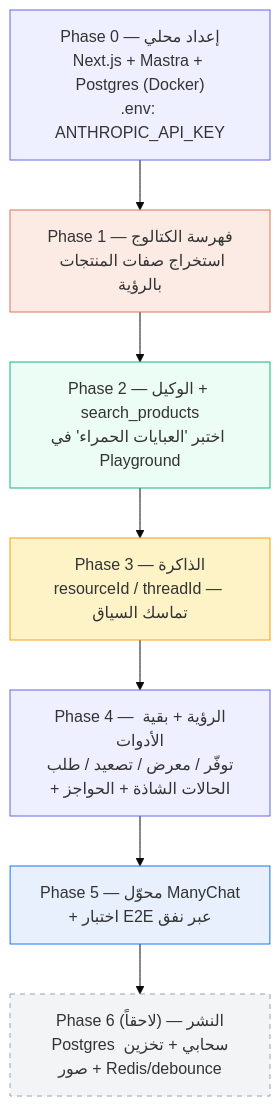
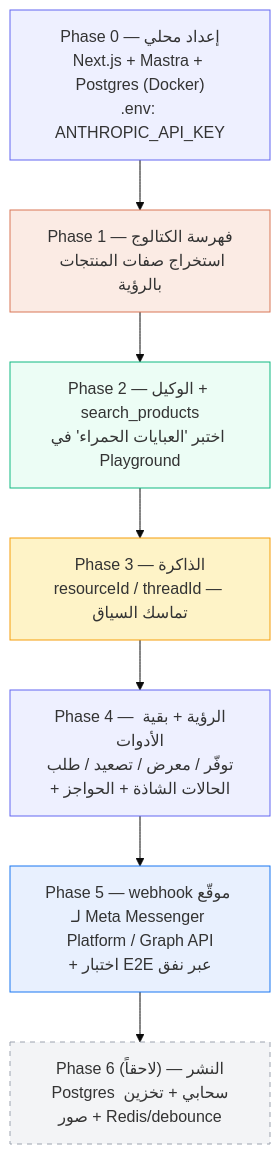
Before and after one commit to Nedaldaher1/backend_ai_agent_facebook: the diagram in docs/diagrams/05-build-roadmap.mermaid, drawn with Mermaid. The commit also changed 20 other files, not shown here.

First line of the commit message:
docs(messenger): add Meta setup runbook, scrub ManyChat repo-wide (WS6)

```diff
--- a/docs/diagrams/05-build-roadmap.mermaid
+++ b/docs/diagrams/05-build-roadmap.mermaid
@@ -1,19 +1,19 @@
 %%{init: {'theme':'base', 'themeVariables': {'fontFamily':'Tahoma, Arial, sans-serif'}}}%%
 flowchart TB
     P0["Phase 0 — إعداد محلي<br/>Next.js + Mastra + Postgres (Docker)<br/>.env: ANTHROPIC_API_KEY"]
     P1["Phase 1 — فهرسة الكتالوج<br/>استخراج صفات المنتجات بالرؤية"]
     P2["Phase 2 — الوكيل + search_products<br/>اختبر 'العبايات الحمراء' في Playground"]
     P3["Phase 3 — الذاكرة<br/>resourceId / threadId — تماسك السياق"]
     P4["Phase 4 — الرؤية + بقية الأدوات<br/>توفّر / معرض / تصعيد / طلب<br/>+ الحالات الشاذة + الحواجز"]
-    P5["Phase 5 — محوّل ManyChat<br/>+ اختبار E2E عبر نفق"]
+    P5["Phase 5 — webhook موقّع لـ Meta Messenger Platform / Graph API<br/>+ اختبار E2E عبر نفق"]
     P6["Phase 6 (لاحقاً) — النشر<br/>Postgres سحابي + تخزين صور + Redis/debounce"]
 
     P0 --> P1 --> P2 --> P3 --> P4 --> P5 --> P6
 
     style P0 fill:#EEF0FF,stroke:#6366F1
     style P1 fill:#FBEBE4,stroke:#D97757
     style P2 fill:#ECFDF5,stroke:#10B981
     style P3 fill:#FEF3C7,stroke:#F59E0B
     style P4 fill:#EEF0FF,stroke:#6366F1
     style P5 fill:#E8F0FE,stroke:#1877F2
     style P6 fill:#F3F4F6,stroke:#9CA3AF,stroke-dasharray: 5 5
```
